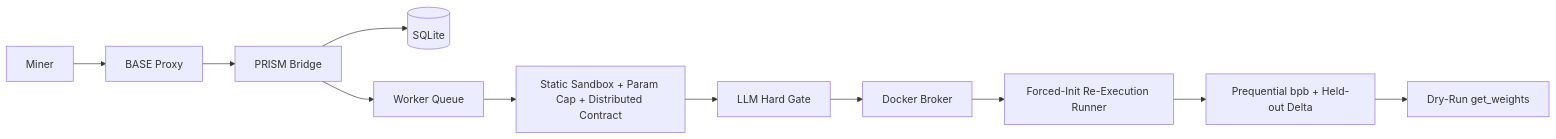
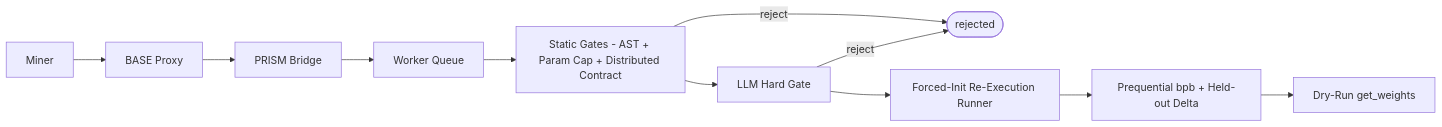
One commit to BaseIntelligence/prism changed the first of 2 diagrams in docs/architecture.md. Above: the diagram before and after it, drawn with Mermaid. The commit also changed other lines of this file and 10 other files, not shown here.

First line of the commit message:
docs(prism): slim README and tighten docs with mermaid + doc links

````diff
--- a/docs/architecture.md
+++ b/docs/architecture.md
@@ -11,13 +10,13 @@
 ```mermaid
 flowchart LR
     Miner[Miner] --> Proxy[BASE Proxy]
     Proxy --> Bridge[PRISM Bridge]
-    Bridge --> DB[(SQLite)]
     Bridge --> Queue[Worker Queue]
-    Queue --> Static[Static Sandbox + Param Cap + Distributed Contract]
+    Queue --> Static[Static Gates - AST + Param Cap + Distributed Contract]
+    Static -->|reject| Rejected([rejected])
     Static --> LLM[LLM Hard Gate]
-    LLM --> Broker[Docker Broker]
-    Broker --> Reexec[Forced-Init Re-Execution Runner]
+    LLM -->|reject| Rejected
+    LLM --> Reexec[Forced-Init Re-Execution Runner]
     Reexec --> Score[Prequential bpb + Held-out Delta]
     Score --> Weights[Dry-Run get_weights]
 ```
````
